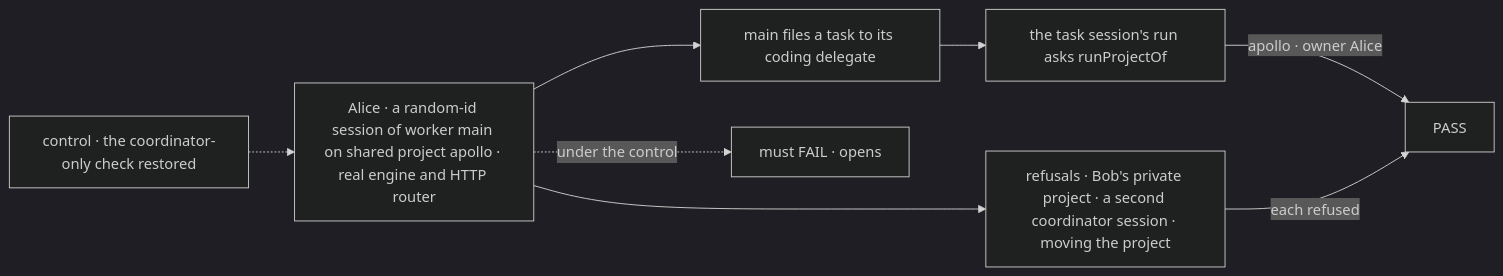
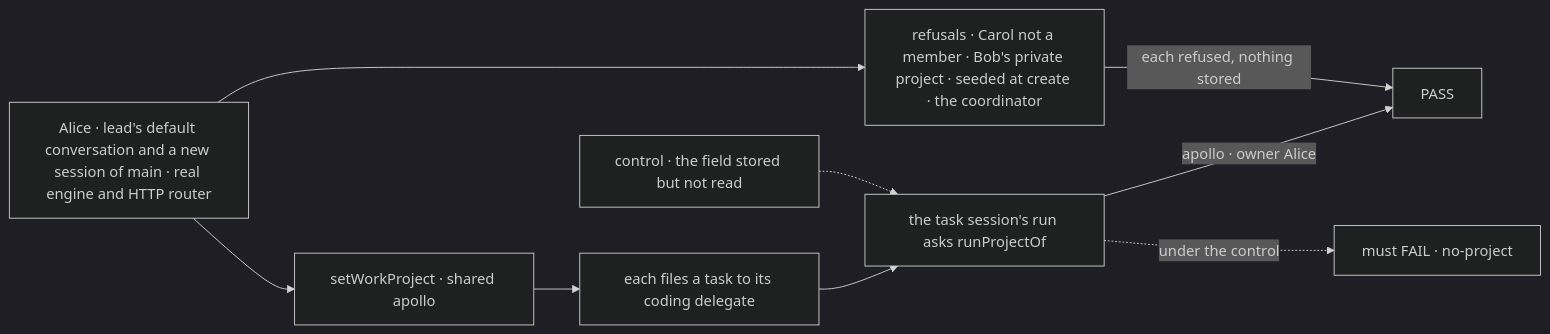
One commit to fixpoint-labs/flow-state-dev changed the first of 3 diagrams in specs/issues/FIX-2161/SPEC.md. Above: the diagram before and after it, drawn with Mermaid (dark theme). The commit also changed other lines of this file and 3 other files, not shown here.

First line of the commit message:
spec(FIX-2161): re-draft as one server-written field set by a client call

````diff
--- a/specs/issues/FIX-2161/SPEC.md
+++ b/specs/issues/FIX-2161/SPEC.md
@@ -29,10 +31,11 @@
 ```mermaid
 flowchart LR
-  A["Alice · a random-id session of worker main on shared project apollo · real engine and HTTP router"] --> F["main files a task to its coding delegate"]
+  A["Alice · lead's default conversation and a new session of main · real engine and HTTP router"] --> S["setWorkProject · shared apollo"]
+  S --> F["each files a task to its coding delegate"]
   F --> R["the task session's run asks runProjectOf"]
   R -->|"apollo · owner Alice"| P["PASS"]
-  A --> X["refusals · Bob's private project · a second coordinator session · moving the project"]
-  X -->|"each refused"| P
-  C["control · the coordinator-only check restored"] -.-> A
-  A -.->|"under the control"| N["must FAIL · opens"]
+  A --> X["refusals · Carol not a member · Bob's private project · seeded at create · the coordinator"]
+  X -->|"each refused, nothing stored"| P
+  C["control · the field stored but not read"] -.-> R
+  R -.->|"under the control"| N["must FAIL · no-project"]
 ```
````
